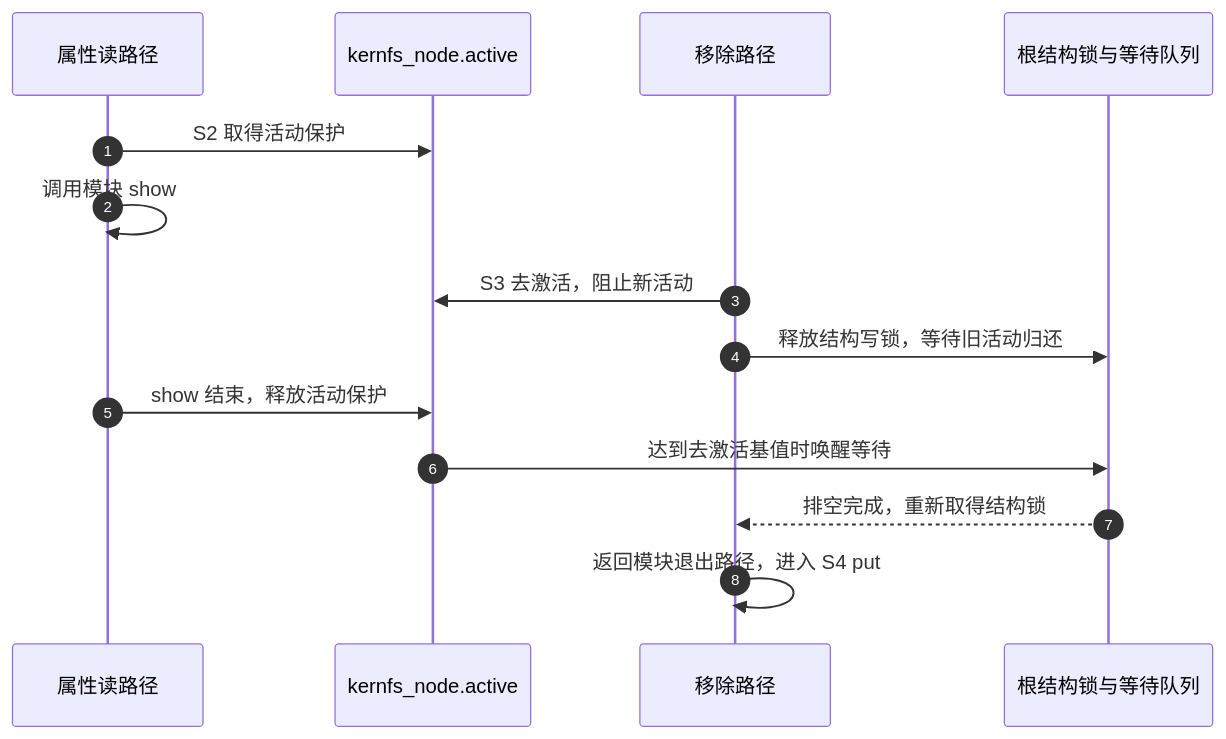
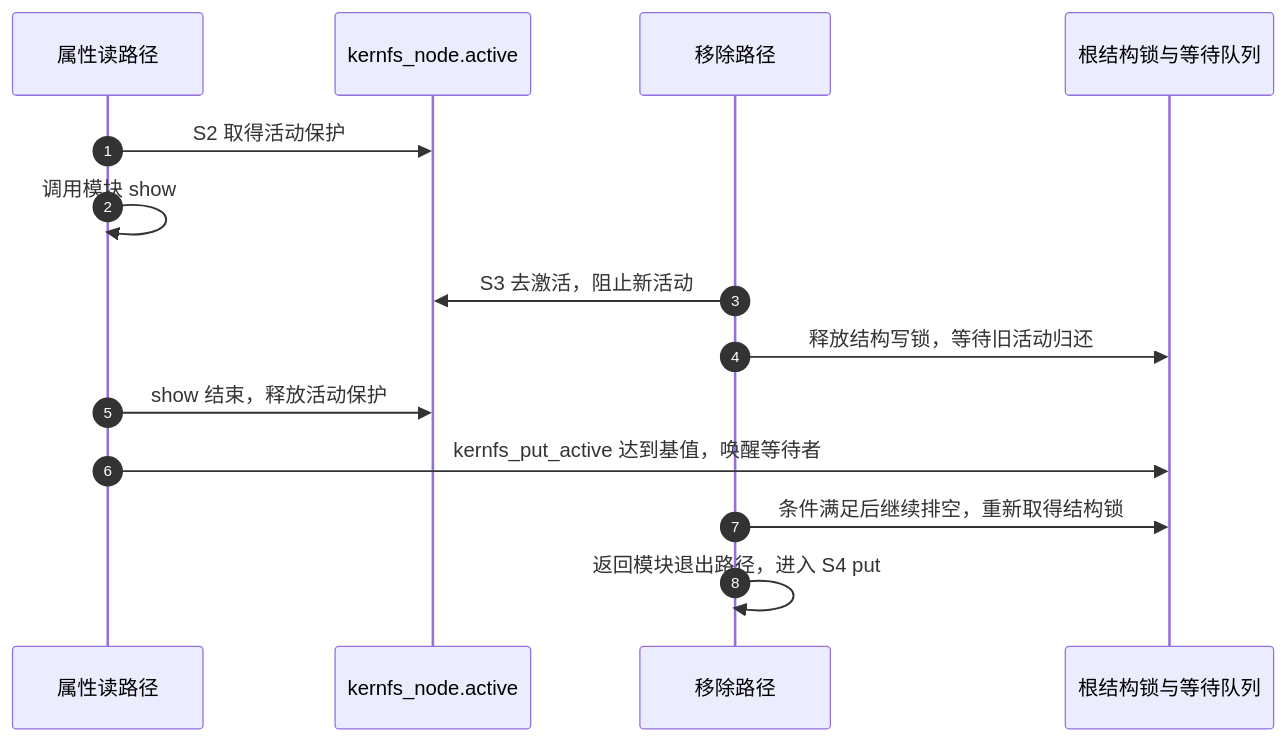
One commit to FormingSystem/linux_note changed the first of 2 diagrams in research/source_reading/driver_entries/navigation/P02_对象属性与字符入口导读.md. Above: the diagram before and after it, drawn with Mermaid. The commit also changed other lines of this file and 3 other files, not shown here.

````diff
--- a/research/source_reading/driver_entries/navigation/P02_对象属性与字符入口导读.md
+++ b/research/source_reading/driver_entries/navigation/P02_对象属性与字符入口导读.md
@@ -36,16 +38,16 @@
 ```mermaid
 sequenceDiagram
     autonumber
     participant user as 属性读路径
     participant kn as kernfs_node.active
     participant remove as 移除路径
     participant root as 根结构锁与等待队列
     user->>kn: S2 取得活动保护
     user->>user: 调用模块 show
     remove->>kn: S3 去激活，阻止新活动
     remove->>root: 释放结构写锁，等待旧活动归还
     user->>kn: show 结束，释放活动保护
-    kn->>root: 达到去激活基值时唤醒等待
-    root-->>remove: 排空完成，重新取得结构锁
+    user->>root: kernfs_put_active 达到基值，唤醒等待者
+    remove->>root: 条件满足后继续排空，重新取得结构锁
     remove->>remove: 返回模块退出路径，进入 S4 put
 ```
````
